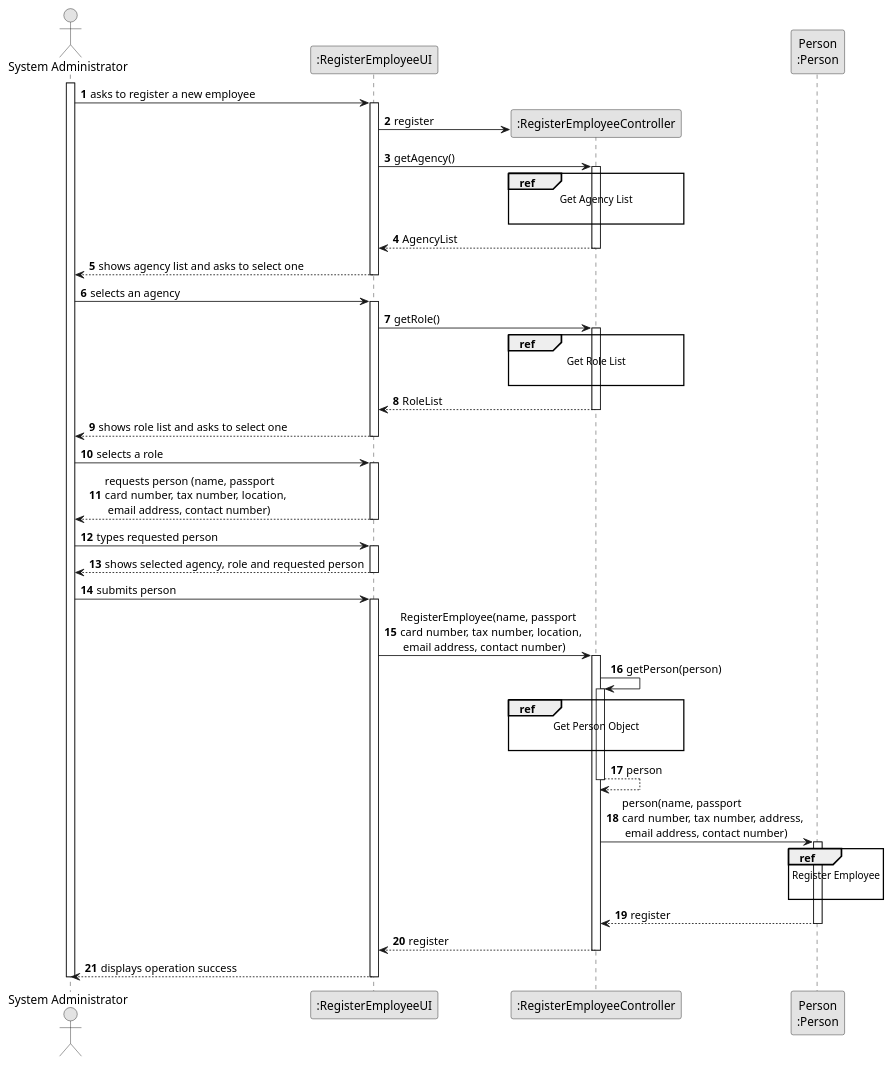
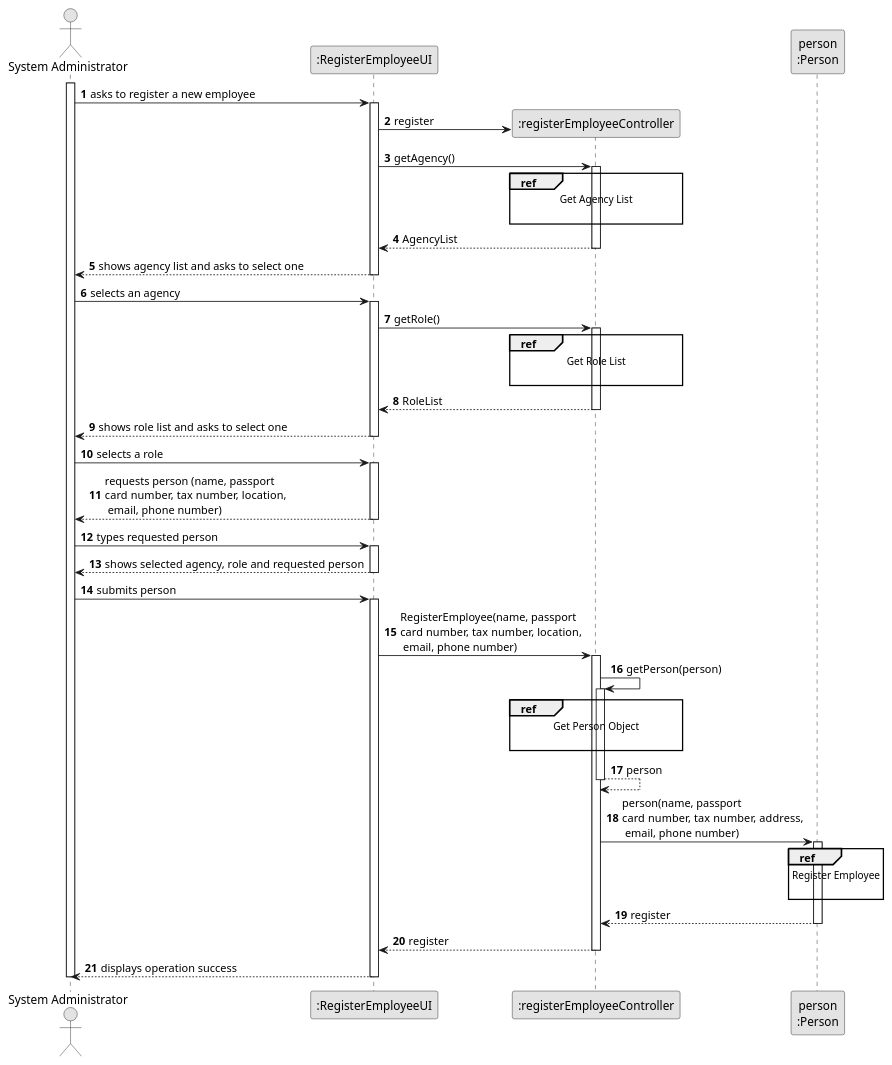
One commit to rita-barbosa/LAPR2-2223 changed the diagram in docs/sprintB/us003/03.design/puml/us003-sequence-diagram-split.puml. Above: the diagram before and after it, drawn with PlantUML. The commit also changed 5 other files, not shown here.

```diff
--- a/docs/sprintB/us003/03.design/puml/us003-sequence-diagram-split.puml
+++ b/docs/sprintB/us003/03.design/puml/us003-sequence-diagram-split.puml
@@ -1,100 +1,100 @@
 @startuml
 skinparam monochrome true
 skinparam packageStyle rectangle
 skinparam shadowing false
 
 autonumber
 
 'hide footbox
 actor "System Administrator" as ADM
 participant ":RegisterEmployeeUI" as UI
-participant ":RegisterEmployeeController" as CTRL
-participant "Person\n:Person" as PERSON
+participant ":registerEmployeeController" as CTRL
+participant "person\n:Person" as PERSON
 
 activate ADM
 
     ADM -> UI : asks to register a new employee
 
     activate UI
 
         UI -> CTRL** : register
         UI -> CTRL : getAgency()
         ref over CTRL
             Get Agency List
 
         end ref
 
         activate CTRL
 
             CTRL --> UI : AgencyList
         deactivate CTRL
 
         UI --> ADM : shows agency list and asks to select one
     deactivate UI
 
     ADM -> UI : selects an agency
     activate UI
 
     UI -> CTRL : getRole()
             ref over CTRL
                 Get Role List
 
             end ref
 
             activate CTRL
 
                 CTRL --> UI : RoleList
             deactivate CTRL
 
             UI --> ADM : shows role list and asks to select one
         deactivate UI
 
         ADM -> UI : selects a role
         activate UI
 
-        UI --> ADM : requests person (name, passport \ncard number, tax number, location,\n email address, contact number)
+        UI --> ADM : requests person (name, passport \ncard number, tax number, location,\n email, phone number)
     deactivate UI
 
     ADM -> UI : types requested person
         activate UI
 
             UI --> ADM : shows selected agency, role and requested person
         deactivate UI
 
         ADM -> UI : submits person
         activate UI
 
-        UI -> CTRL : RegisterEmployee(name, passport \ncard number, tax number, location,\n email address, contact number)
+        UI -> CTRL : RegisterEmployee(name, passport \ncard number, tax number, location,\n email, phone number)
         activate CTRL
 
             CTRL -> CTRL : getPerson(person)
             activate CTRL
 
                 ref over CTRL
                     Get Person Object
 
                 end ref
 
                 CTRL --> CTRL : person
             deactivate CTRL
 
 
-            CTRL -> PERSON: person(name, passport \ncard number, tax number, address,\n email address, contact number)
+            CTRL -> PERSON: person(name, passport \ncard number, tax number, address,\n email, phone number)
             activate PERSON
 
                 ref over PERSON
                     Register Employee
 
                 end
 
                 PERSON --> CTRL : register
             deactivate PERSON
 
             CTRL --> UI: register
             deactivate CTRL
             UI --> ADM: displays operation success
     deactivate UI
 
 deactivate ADM
 
 @enduml
```
